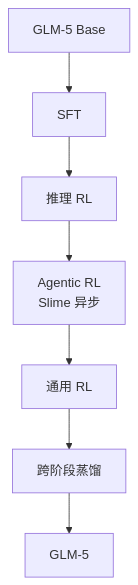
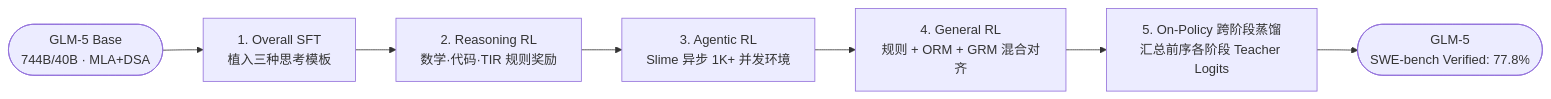
The diagram in docs/post-training/ch2/2.5-glm.md (QJK-BUAA/llm-post-training), drawn with Mermaid before and after one commit. The commit also changed other lines of this file and 46 other files, not shown here.

````diff
--- a/docs/post-training/ch2/2.5-glm.md
+++ b/docs/post-training/ch2/2.5-glm.md
@@ -12,9 +32,9 @@
 ```mermaid
-flowchart TD
-    Base["GLM-5 Base"] --> SFT["SFT"]
-    SFT --> RRL["推理 RL"]
-    RRL --> ARL["Agentic RL<br/>Slime 异步"]
-    ARL --> GRL["通用 RL"]
-    GRL --> OPD["跨阶段蒸馏"]
-    OPD --> Final["GLM-5"]
+flowchart LR
+    Base(["GLM-5 Base<br/>744B/40B · MLA+DSA"]) --> S1["1. Overall SFT<br/>植入三种思考模板"]
+    S1 --> S2["2. Reasoning RL<br/>数学·代码·TIR 规则奖励"]
+    S2 --> S3["3. Agentic RL<br/>Slime 异步 1K+ 并发环境"]
+    S3 --> S4["4. General RL<br/>规则 + ORM + GRM 混合对齐"]
+    S4 --> S5["5. On-Policy 跨阶段蒸馏<br/>汇总前序各阶段 Teacher Logits"]
+    S5 --> Final(["GLM-5<br/>SWE-bench Verified: 77.8%"])
 ```
````
